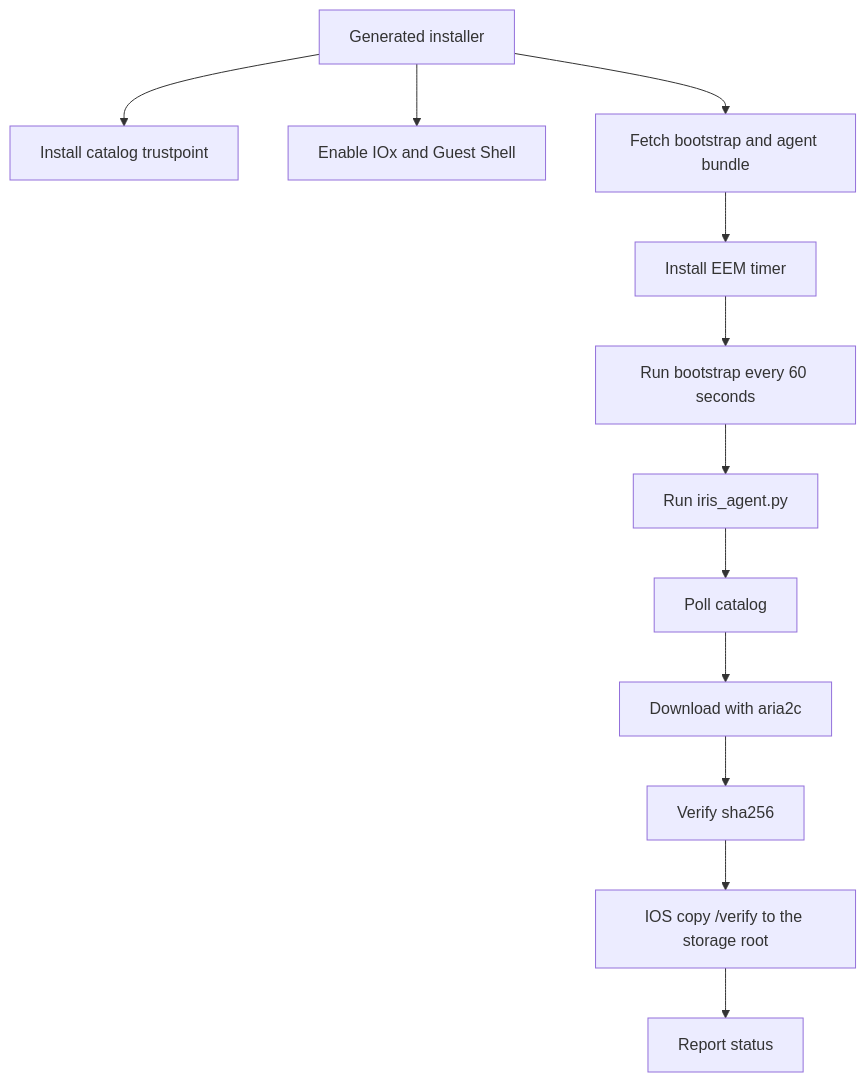
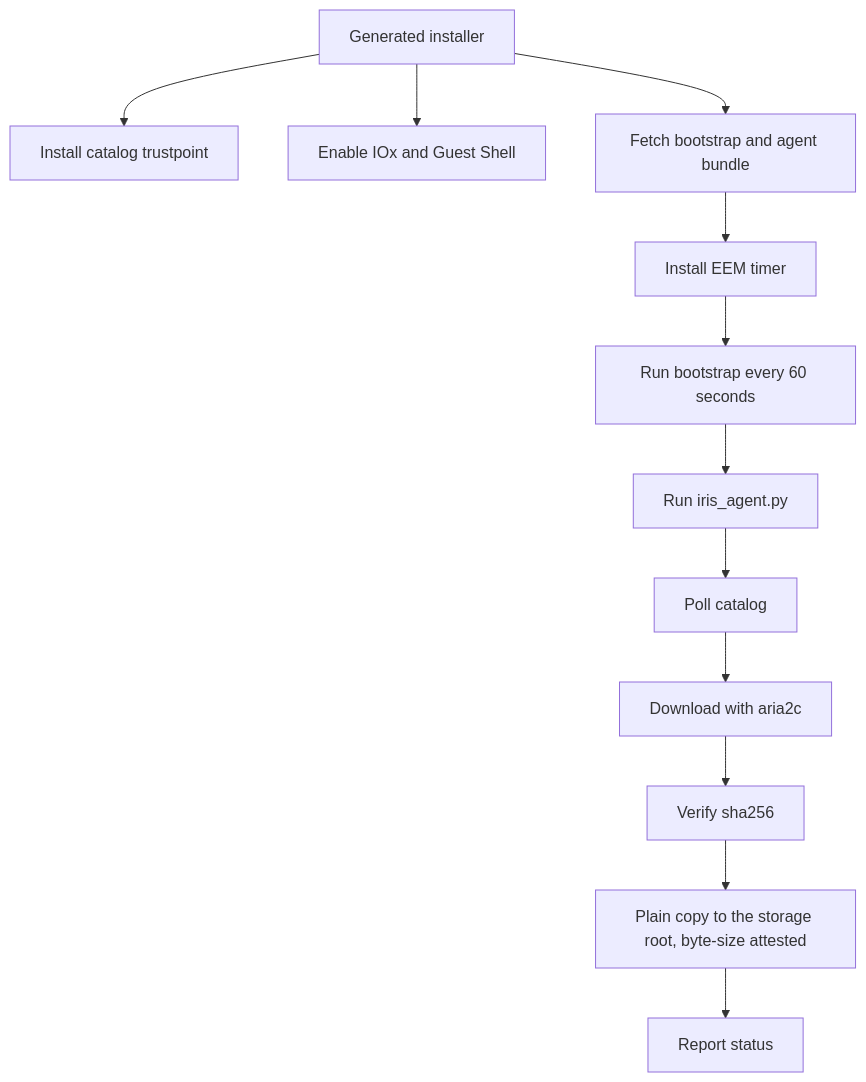
Before and after one commit to cisco-open/intelligent-release-image-staging: the diagram in docs/zensical/device-agents.md, drawn with Mermaid. The commit also changed other lines of this file and 7 other files, not shown here.

````diff
--- a/docs/zensical/device-agents.md
+++ b/docs/zensical/device-agents.md
@@ -27,14 +27,14 @@
 ```mermaid
 flowchart TB
     Install["Generated installer"] --> PKI["Install catalog trustpoint"]
     Install --> IOx["Enable IOx and Guest Shell"]
     Install --> Fetch["Fetch bootstrap and agent bundle"]
     Fetch --> EEM["Install EEM timer"]
     EEM --> Bootstrap["Run bootstrap every 60 seconds"]
     Bootstrap --> Agent["Run iris_agent.py"]
     Agent --> Poll["Poll catalog"]
     Poll --> Download["Download with aria2c"]
     Download --> Hash["Verify sha256"]
-    Hash --> Copy["IOS copy /verify to the storage root"]
+    Hash --> Copy["Plain copy to the storage root, byte-size attested"]
     Copy --> Report["Report status"]
 ```
````
